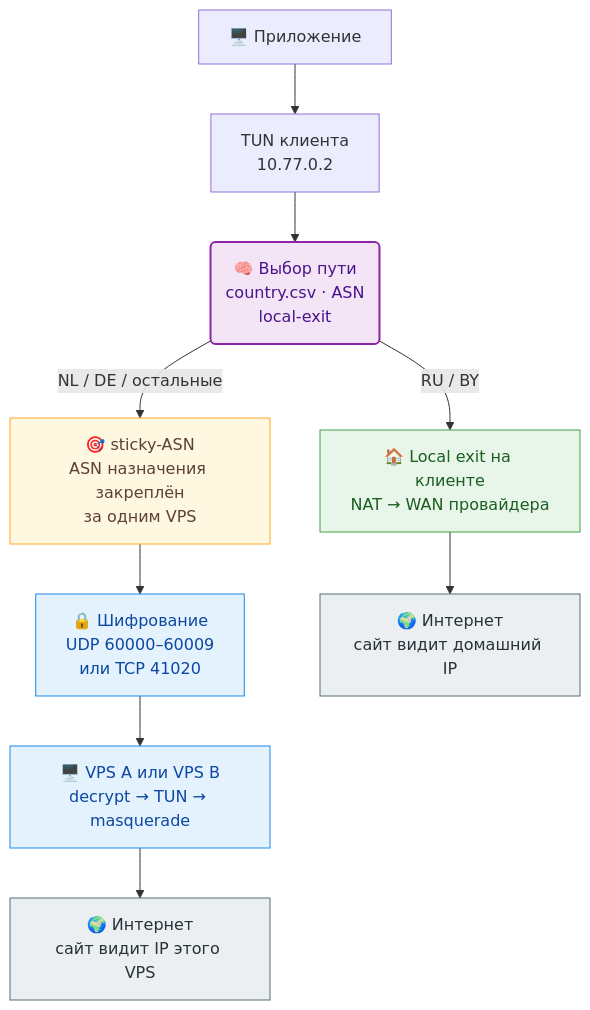
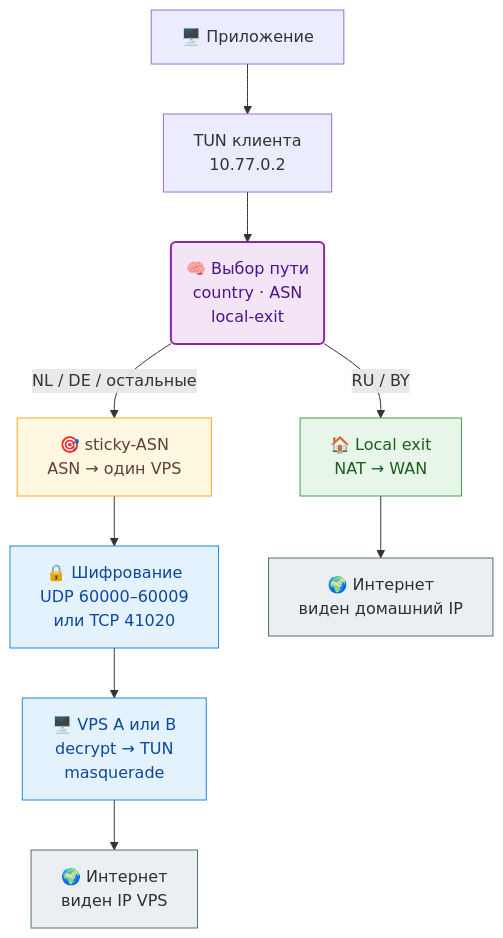
The diagram in README.md (vadv/svpn), drawn with Mermaid before and after one commit. The commit also changed 1 other file, not shown here.

Commit message:
docs: shorten diagram labels for GitHub wrapping

````diff
--- a/README.md
+++ b/README.md
@@ -214,21 +214,21 @@
 ```mermaid
 flowchart TD
     app["🖥️ Приложение"] --> tun["TUN клиента<br/>10.77.0.2"]
-    tun --> brain("🧠 Выбор пути<br/>country.csv · ASN<br/>local-exit")
-    brain -->|"RU / BY"| local["🏠 Local exit на клиенте<br/>NAT → WAN провайдера"]
-    brain -->|"NL / DE / остальные"| asn["🎯 sticky-ASN<br/>ASN назначения закреплён<br/>за одним VPS"]
+    tun --> brain("🧠 Выбор пути<br/>country · ASN<br/>local-exit")
+    brain -->|"RU / BY"| local["🏠 Local exit<br/>NAT → WAN"]
+    brain -->|"NL / DE / остальные"| asn["🎯 sticky-ASN<br/>ASN → один VPS"]
     asn --> enc["🔒 Шифрование<br/>UDP 60000–60009<br/>или TCP 41020"]
-    enc --> vps["🖥️ VPS A или VPS B<br/>decrypt → TUN → masquerade"]
-    local --> home["🌍 Интернет<br/>сайт видит домашний IP"]
-    vps --> via["🌍 Интернет<br/>сайт видит IP этого VPS"]
+    enc --> vps["🖥️ VPS A или B<br/>decrypt → TUN<br/>masquerade"]
+    local --> home["🌍 Интернет<br/>виден домашний IP"]
+    vps --> via["🌍 Интернет<br/>виден IP VPS"]
     classDef brain fill:#f3e5f5,stroke:#8e24aa,stroke-width:2px,color:#4a148c
     classDef local fill:#e8f5e9,stroke:#43a047,color:#1b5e20
     classDef asn fill:#fff8e1,stroke:#f9a825,color:#5d4037
     classDef vpn fill:#e3f2fd,stroke:#1e88e5,color:#0d47a1
     classDef edge fill:#eceff1,stroke:#546e7a,color:#263238
     class brain brain
     class local local
     class asn asn
     class enc,vps vpn
     class home,via edge
 ```
````
